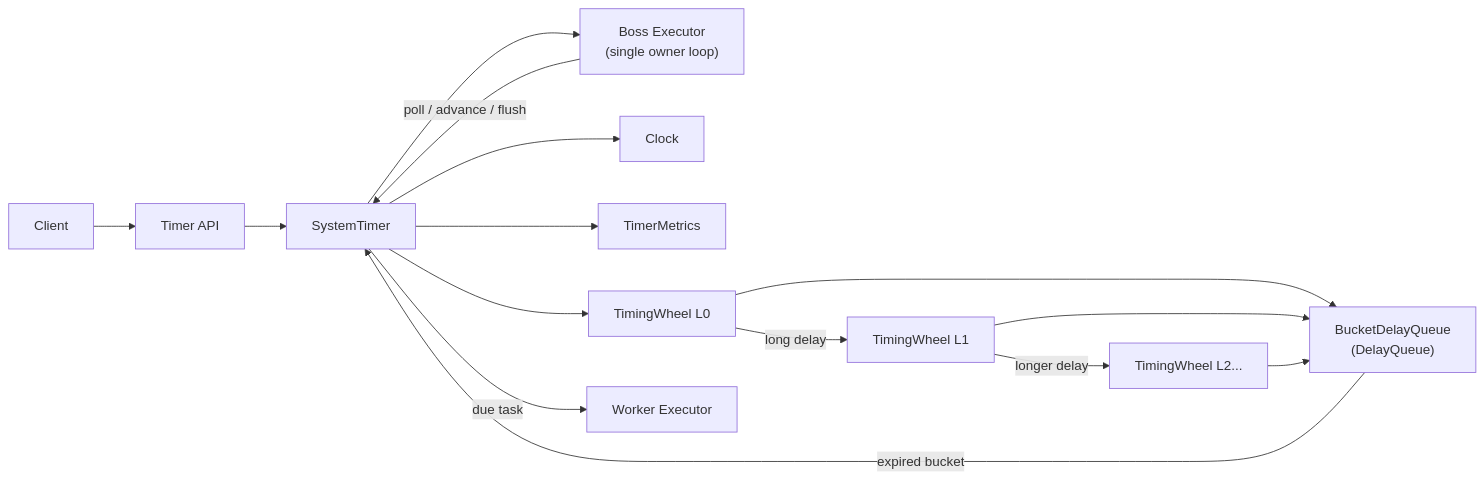
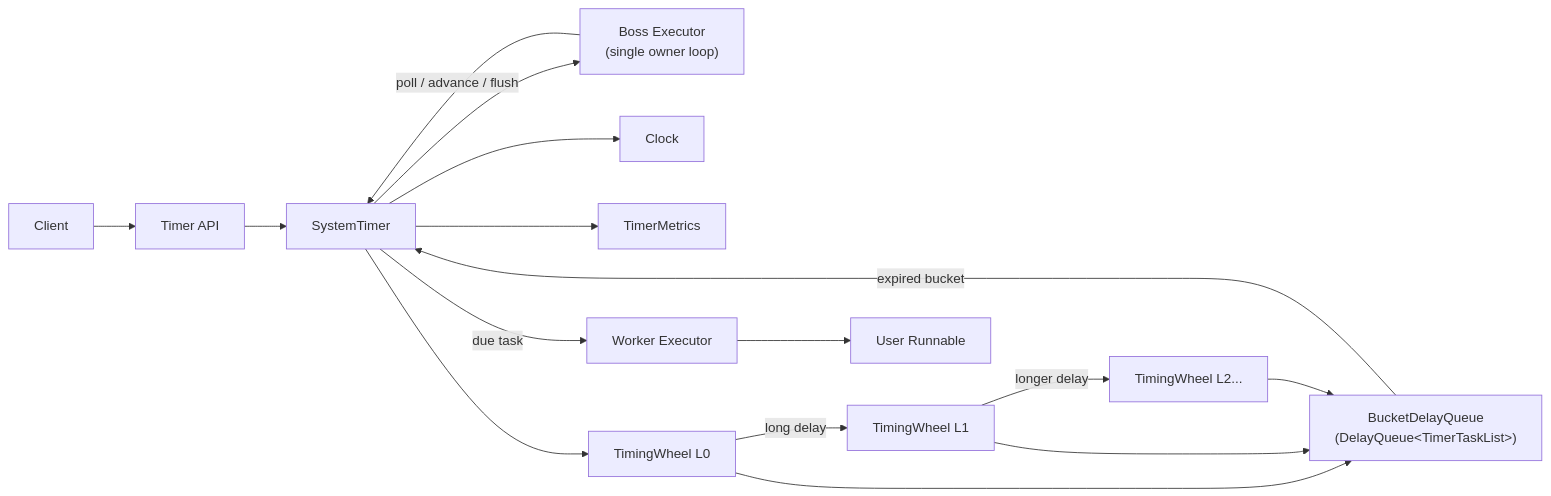
One commit to photowey/timewheel4j changed the diagram in README.md. Above: the diagram before and after it, drawn with Mermaid. The commit also changed other lines of this file and 1 other file, not shown here.

````diff
--- a/README.md
+++ b/README.md
@@ -129,29 +133,31 @@
 ```mermaid
 flowchart LR
     Client["Client"]
     Timer["Timer API"]
     SystemTimer["SystemTimer"]
     Boss["Boss Executor<br/>(single owner loop)"]
     Clock["Clock"]
     Metrics["TimerMetrics"]
-    DelayQueue["BucketDelayQueue<br/>(DelayQueue<TimerTaskList>)"]
+    DelayQueue["BucketDelayQueue<br/>(DelayQueue&lt;TimerTaskList&gt;)"]
     L0["TimingWheel L0"]
     L1["TimingWheel L1"]
     L2["TimingWheel L2..."]
     Worker["Worker Executor"]
+    Task["User Runnable"]
 
     Client --> Timer
     Timer --> SystemTimer
     SystemTimer --> Boss
     Boss -->|"poll / advance / flush"| SystemTimer
     SystemTimer --> Clock
     SystemTimer --> Metrics
     SystemTimer --> L0
     L0 -->|"long delay"| L1
     L1 -->|"longer delay"| L2
     L0 --> DelayQueue
     L1 --> DelayQueue
     L2 --> DelayQueue
     DelayQueue -->|"expired bucket"| SystemTimer
     SystemTimer -->|"due task"| Worker
+    Worker --> Task
 ```
````
